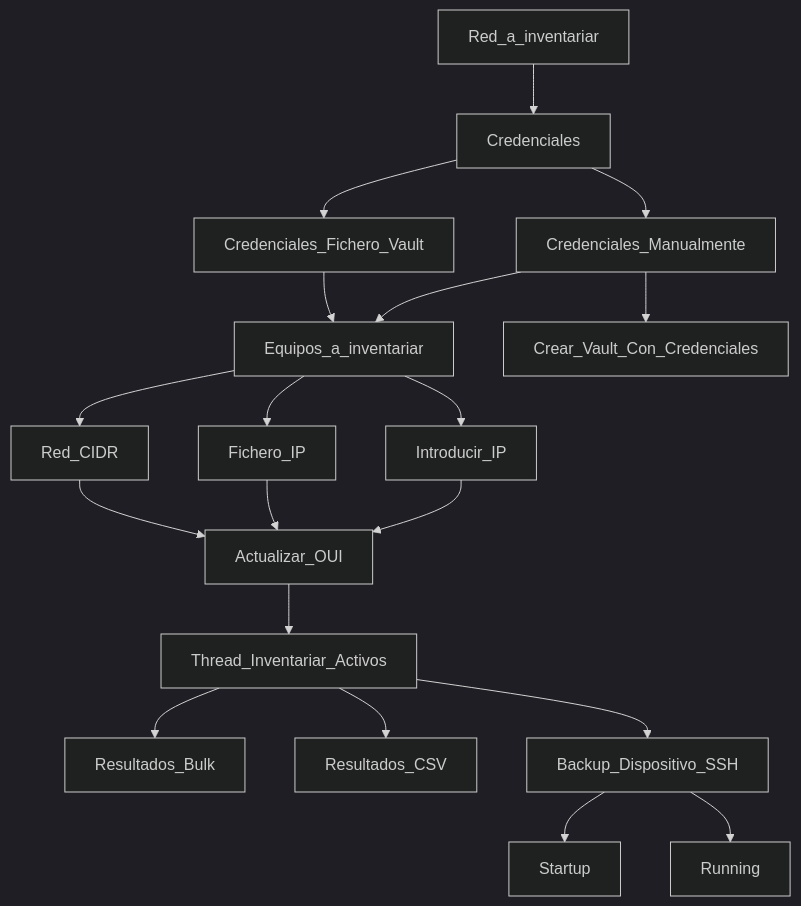
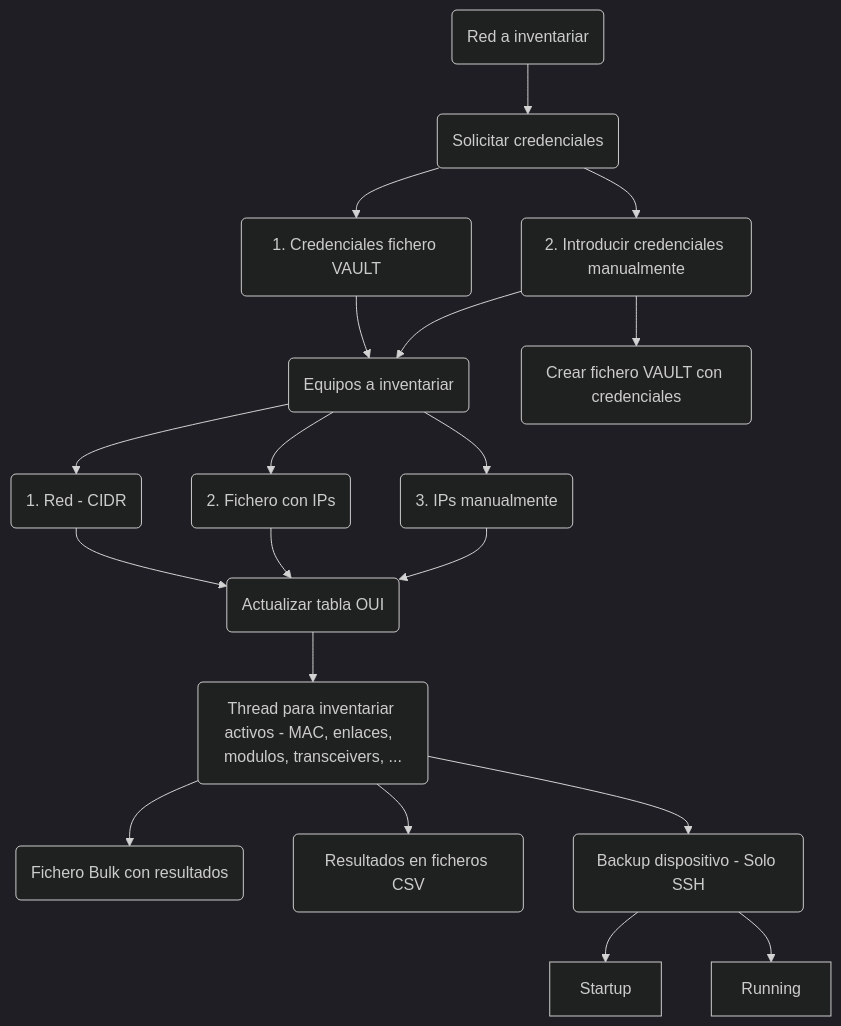
The diagram in README.md (fmbrieva/inventario-lan), drawn with Mermaid (dark theme) before and after one commit. The commit also changed other lines of this file, not shown here.

````diff
--- a/README.md
+++ b/README.md
@@ -39,21 +41,21 @@
 ```mermaid
 graph TD;
-    Red_a_inventariar-->Credenciales;
-    Credenciales-->Credenciales_Fichero_Vault;
-    Credenciales-->Credenciales_Manualmente;
-    Credenciales_Fichero_Vault-->Equipos_a_inventariar;
+    Red(Red a inventariar)-->Credenciales(Solicitar credenciales);
+    Credenciales-->Credenciales_Fichero_Vault(1. Credenciales fichero VAULT);
+    Credenciales-->Credenciales_Manualmente(2. Introducir credenciales manualmente);
+    Credenciales_Fichero_Vault-->Equipos_a_inventariar(Equipos a inventariar);
     Credenciales_Manualmente-->Equipos_a_inventariar;
-    Credenciales_Manualmente-->Crear_Vault_Con_Credenciales;
-    Equipos_a_inventariar-->Red_CIDR;
-    Equipos_a_inventariar-->Fichero_IP;
-    Equipos_a_inventariar-->Introducir_IP;
-    Red_CIDR-->Actualizar_OUI;
+    Credenciales_Manualmente-->Crear_Vault_Con_Credenciales(Crear fichero VAULT con credenciales);
+    Equipos_a_inventariar-->Red_CIDR(1. Red - CIDR);
+    Equipos_a_inventariar-->Fichero_IP(2. Fichero con IPs);
+    Equipos_a_inventariar-->Introducir_IP(3. IPs manualmente);
+    Red_CIDR-->Actualizar_OUI(Actualizar tabla OUI);
     Fichero_IP-->Actualizar_OUI;
     Introducir_IP-->Actualizar_OUI;
-    Actualizar_OUI--> Thread_Inventariar_Activos;
-    Thread_Inventariar_Activos-->Resultados_Bulk;
-    Thread_Inventariar_Activos-->Resultados_CSV;
-    Thread_Inventariar_Activos-->Backup_Dispositivo_SSH;
+    Actualizar_OUI--> Thread_Inventariar_Activos(Thread para inventariar activos - MAC, enlaces,  modulos, transceivers, ...);
+    Thread_Inventariar_Activos-->Resultados_Bulk(Fichero Bulk con resultados);
+    Thread_Inventariar_Activos-->Resultados_CSV(Resultados en ficheros CSV);
+    Thread_Inventariar_Activos-->Backup_Dispositivo_SSH(Backup dispositivo - Solo SSH);
     Backup_Dispositivo_SSH-->Startup;
     Backup_Dispositivo_SSH-->Running;
 ```
````
